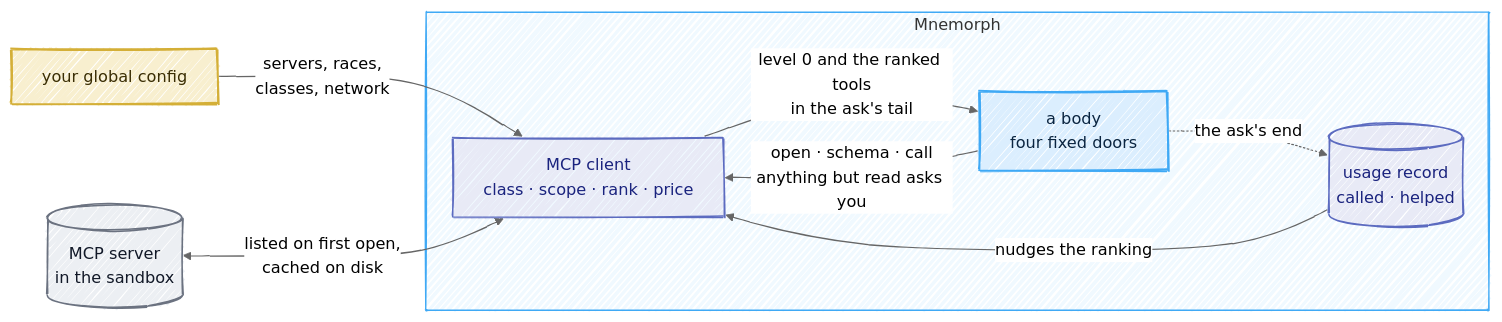
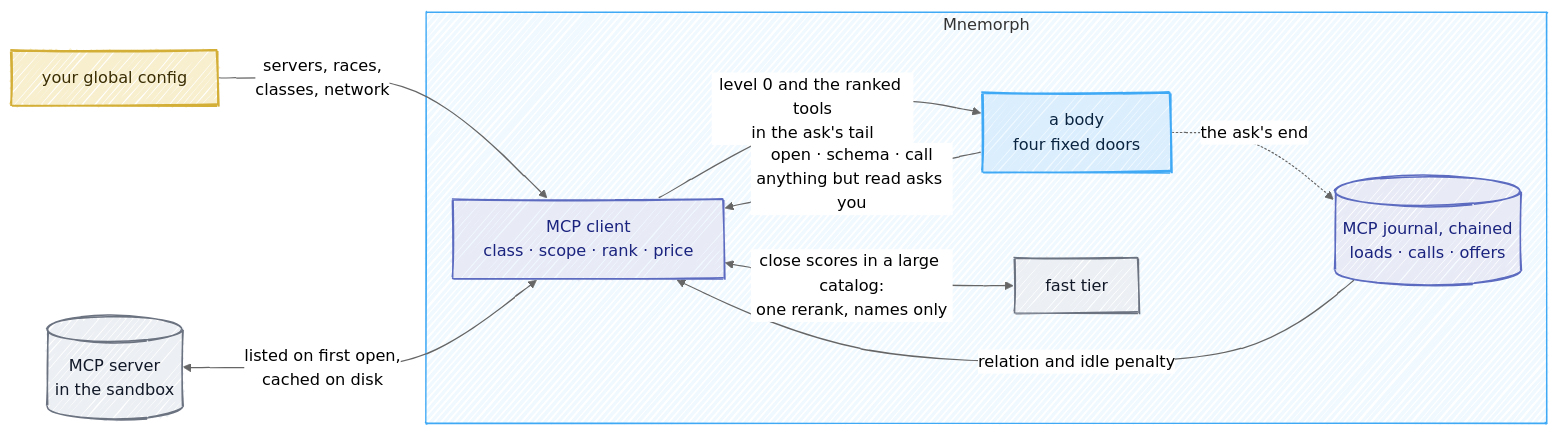
Before and after one commit to Kaginari/mnemorph: the diagram in docs/07-mcp.md, drawn with Mermaid. The commit also changed other lines of this file and 18 other files, not shown here.

First line of the commit message:
MCP learned from a chained journal, plus a fast-tier rerank (#48, second wave)

````diff
--- a/docs/07-mcp.md
+++ b/docs/07-mcp.md
@@ -5,27 +5,29 @@
 ```mermaid
 ---
 config:
   look: handDrawn
   theme: neutral
   flowchart:
     wrappingWidth: 360
 ---
 flowchart LR
     H["your global config"] -->|"servers, races,<br/>classes, network"| C
     S[("MCP server<br/>in the sandbox")] <-->|"listed on first open,<br/>cached on disk"| C["MCP client<br/>class · scope · rank · price"]
     subgraph mnemorph["Mnemorph"]
       C -->|"level 0 and the ranked tools<br/>in the ask's tail"| A["a body<br/>four fixed doors"]
       A -->|"open · schema · call<br/>anything but read asks you"| C
-      L[("usage record<br/>called · helped")] -->|"nudges the ranking"| C
+      L[("MCP journal, chained<br/>loads · calls · offers")] -->|"relation and idle penalty"| C
       A -. "the ask's end" .-> L
+      C <-->|"close scores in a large catalog:<br/>one rerank, names only"| F["fast tier"]
     end
     classDef human fill:#f8efcf,stroke:#D4AF37,stroke-width:2px,color:#3a2e05
     class H human
     classDef outside fill:#eceff3,stroke:#6b7280,stroke-width:1.5px,color:#111827
     class S outside
     classDef store fill:#e8eaf6,stroke:#5c6bc0,stroke-width:1.5px,color:#1a237e
     class C,L store
+    class F outside
     classDef throne fill:#dbeefe,stroke:#3FA9F5,stroke-width:2px,color:#0b2540
     class A throne
     style mnemorph fill:#f0f9ff,stroke:#3FA9F5
 ```
````
